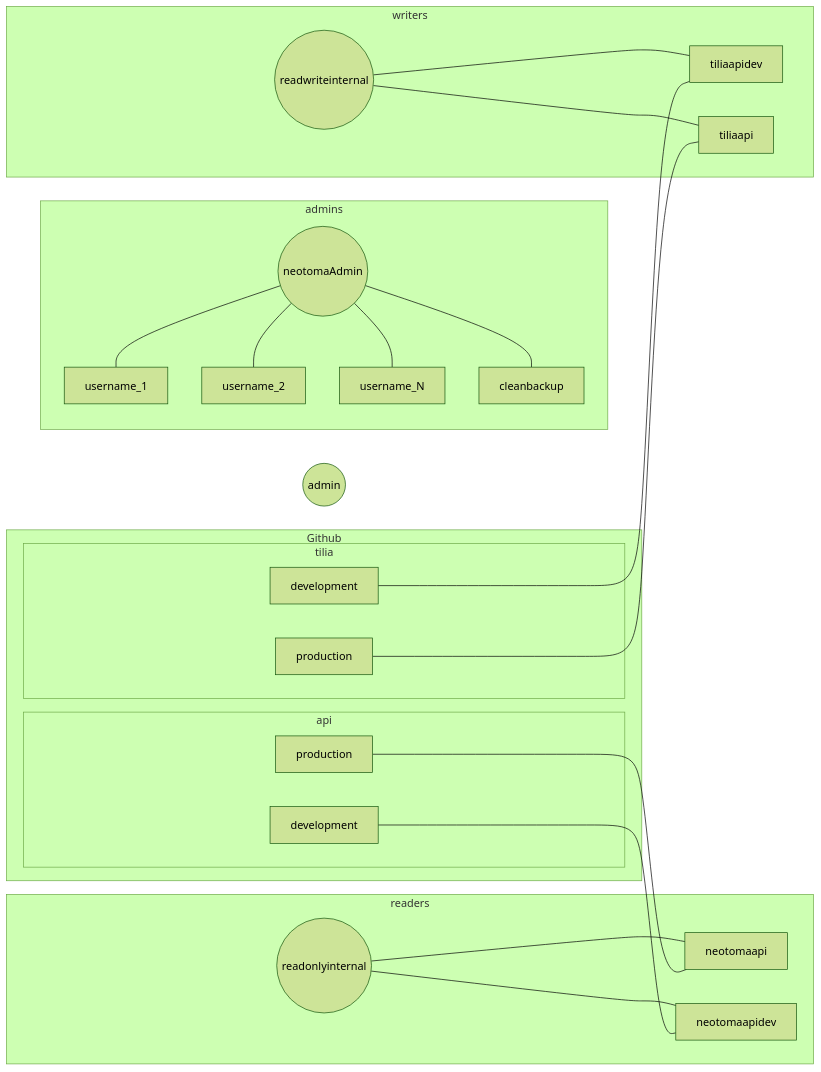
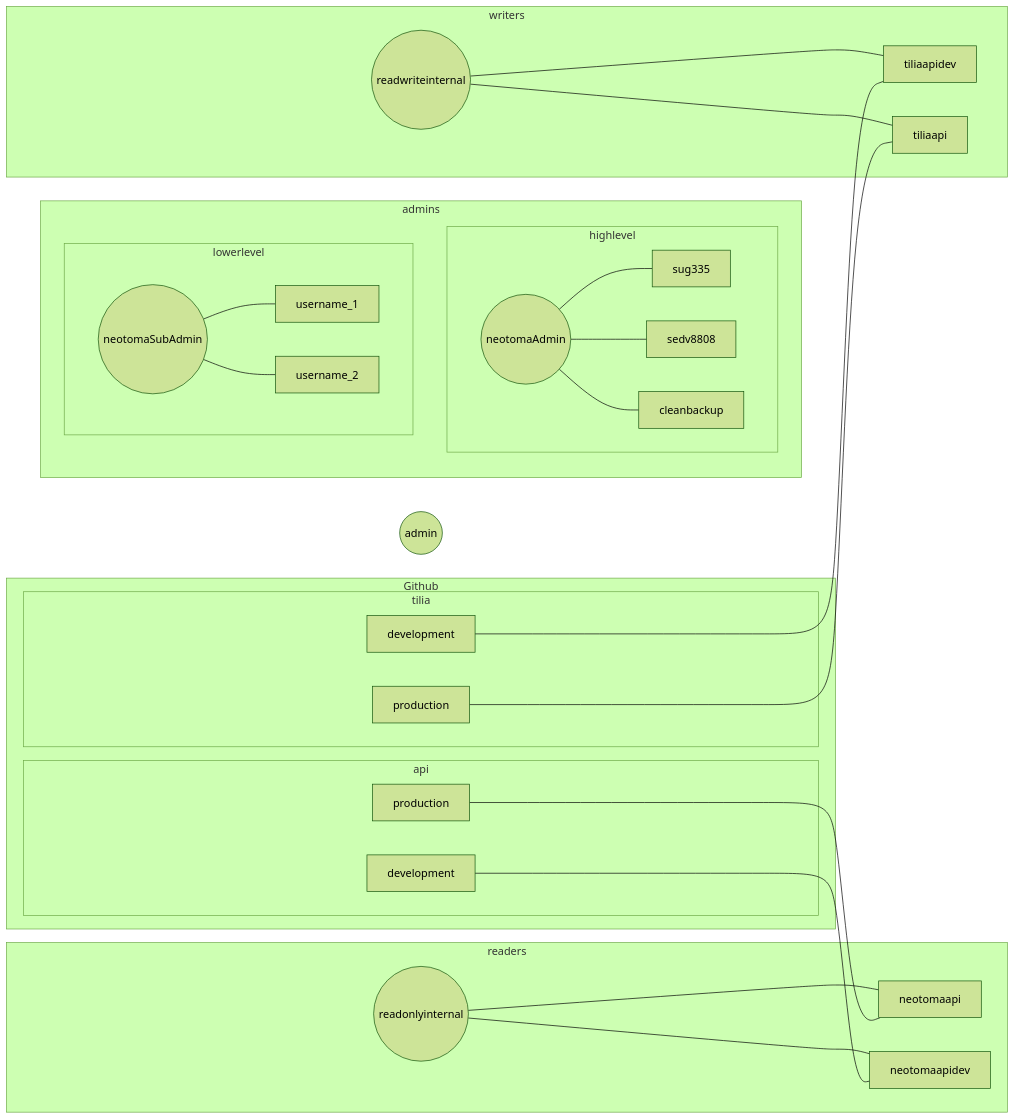
One commit to NeotomaDB/neotoma_database_functions changed the diagram in users/README.md. Above: the diagram before and after it, drawn with Mermaid (forest theme).

Commit message:
Updating user structures in user README.

````diff
--- a/users/README.md
+++ b/users/README.md
@@ -27,33 +27,38 @@
 ```mermaid
 flowchart LR
 
 am((admin))
 
 subgraph admins
-    nam((neotomaAdmin)) --- username_1
-    nam --- username_2
-    nam --- username_N
-    nam --- cleanbackup
+    subgraph highlevel
+        nam((neotomaAdmin)) --- sug335
+        nam --- sedv8808
+        nam --- cleanbackup
+    end
+    subgraph lowerlevel
+        nsm((neotomaSubAdmin)) --- username_1
+        nsm --- username_2
+    end
 end
 
 subgraph readers
     roi((readonlyinternal)) --- neotomaapi
     roi --- neotomaapidev
 end
 
 subgraph writers
     fnw((readwriteinternal)) --- tiliaapidev
     fnw --- tiliaapi
 end
 
 subgraph Github
     subgraph tilia
         tilapi[production] --- tiliaapi
         tildev[development] --- tiliaapidev
     end
     subgraph api
         apiprod[production] --- neotomaapi
         apidev[development] --- neotomaapidev
     end
 end
 ```
````
